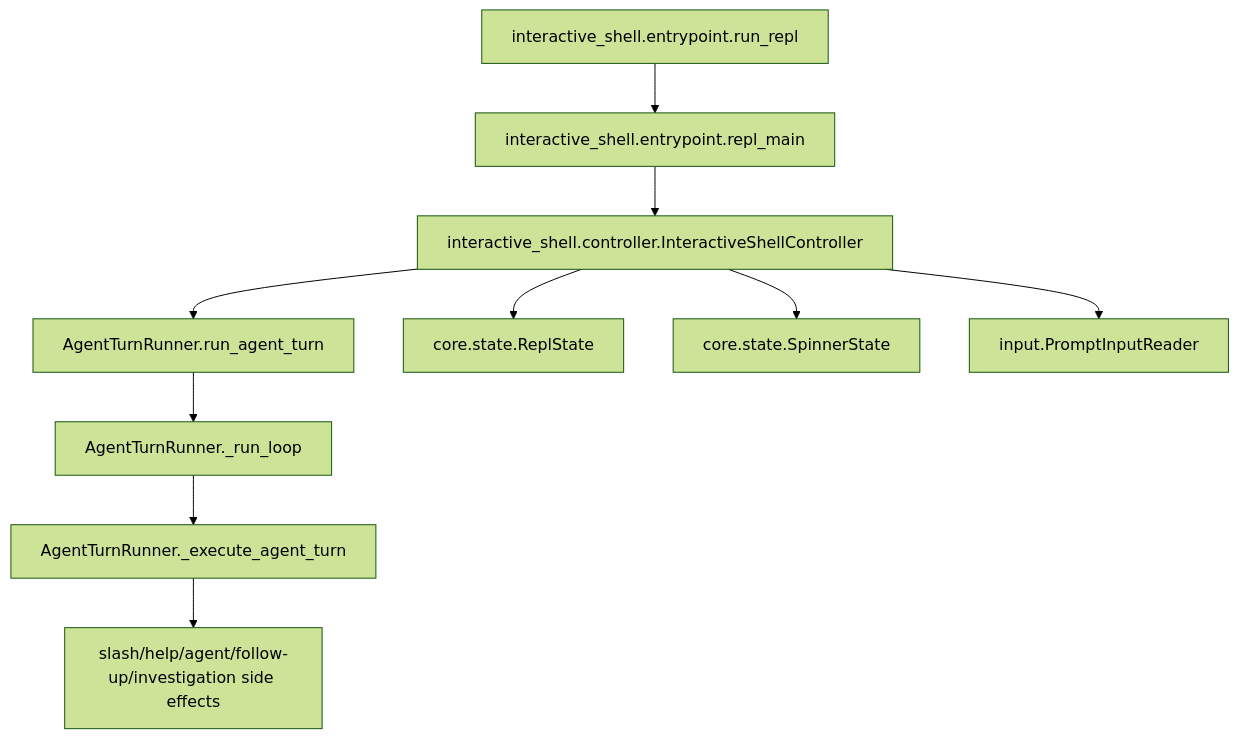
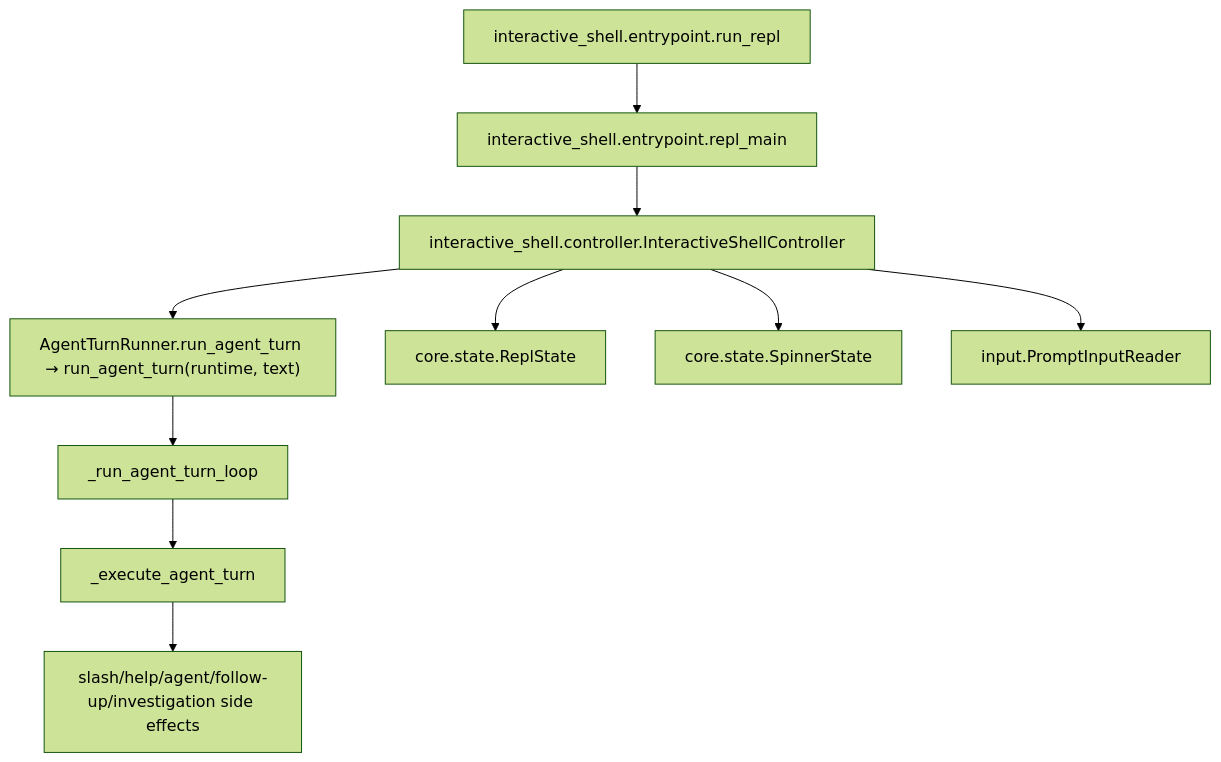
One commit to SawhneySatvik/opensre changed the diagram in interactive_shell/runtime/AGENTS.md. Above: the diagram before and after it, drawn with Mermaid (forest theme). The commit also changed other lines of this file and 29 other files, not shown here.

````diff
--- a/interactive_shell/runtime/AGENTS.md
+++ b/interactive_shell/runtime/AGENTS.md
@@ -86,12 +88,12 @@
 ```mermaid
 flowchart TD
   runRepl["interactive_shell.entrypoint.run_repl"] --> replMain["interactive_shell.entrypoint.repl_main"]
   replMain --> controller["interactive_shell.controller.InteractiveShellController"]
-  controller --> shellTurn["AgentTurnRunner.run_agent_turn"]
-  shellTurn --> executeTurn["AgentTurnRunner._run_loop"]
-  executeTurn --> dispatchTurn["AgentTurnRunner._execute_agent_turn"]
+  controller --> shellTurn["AgentTurnRunner.run_agent_turn → run_agent_turn(runtime, text)"]
+  shellTurn --> executeTurn["_run_agent_turn_loop"]
+  executeTurn --> dispatchTurn["_execute_agent_turn"]
   dispatchTurn --> sideEffects["slash/help/agent/follow-up/investigation side effects"]
   controller --> replState["core.state.ReplState"]
   controller --> spinnerState["core.state.SpinnerState"]
   controller --> inputReader["input.PromptInputReader"]
 ```
````
